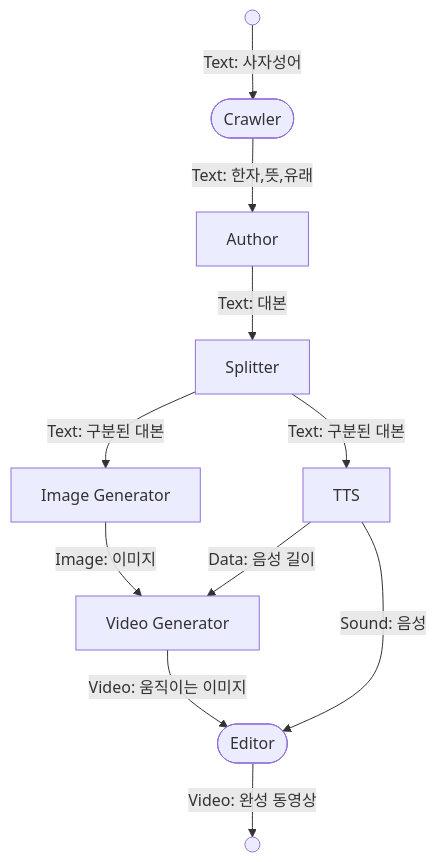
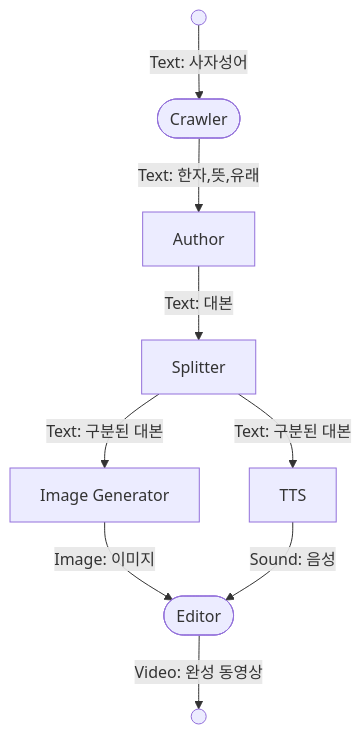
Before and after one commit to yurangja99/HanjaShortsGenerator: the diagram in README.md, drawn with Mermaid. The commit also changed other lines of this file and 17 other files, not shown here.

````diff
--- a/README.md
+++ b/README.md
@@ -15,13 +15,11 @@
 ```mermaid
 flowchart TD
 	START(( )) --Text: 사자성어--> C([Crawler])
 	C --Text: 한자,뜻,유래--> A[Author]
 	A --Text: 대본--> S[Splitter]
 	S --Text: 구분된 대본--> G[Image Generator]
 	S --Text: 구분된 대본--> T[TTS]
-	G --Image: 이미지--> V[Video Generator]
-	T --Data: 음성 길이--> V
-	V --Video: 움직이는 이미지--> E([Editor])
+	G --Image: 이미지--> E([Editor])
 	T --Sound: 음성--> E
 	E --Video: 완성 동영상--> END(( ))
 ```
````
